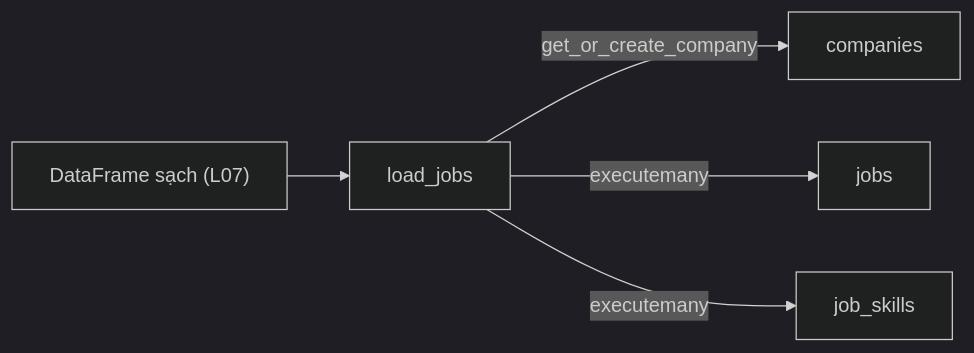
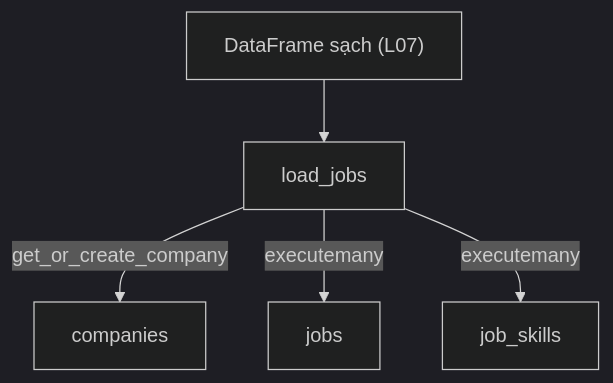
Before and after one commit to ht-nah98/ai-academy: the fourth of 4 diagrams in academy/curriculum/L08-mo-hinh-hoa-sqlite/lesson.md, drawn with Mermaid (dark theme). The commit also changed other lines of this file and 54 other files, not shown here.

````diff
--- a/academy/curriculum/L08-mo-hinh-hoa-sqlite/lesson.md
+++ b/academy/curriculum/L08-mo-hinh-hoa-sqlite/lesson.md
@@ -121,7 +121,7 @@
 ```mermaid
-flowchart LR
+flowchart TD
     DF["DataFrame sạch (L07)"] --> L["load_jobs"]
     L -->|"get_or_create_company"| C["companies"]
     L -->|"executemany"| J["jobs"]
     L -->|"executemany"| S["job_skills"]
 ```
````
